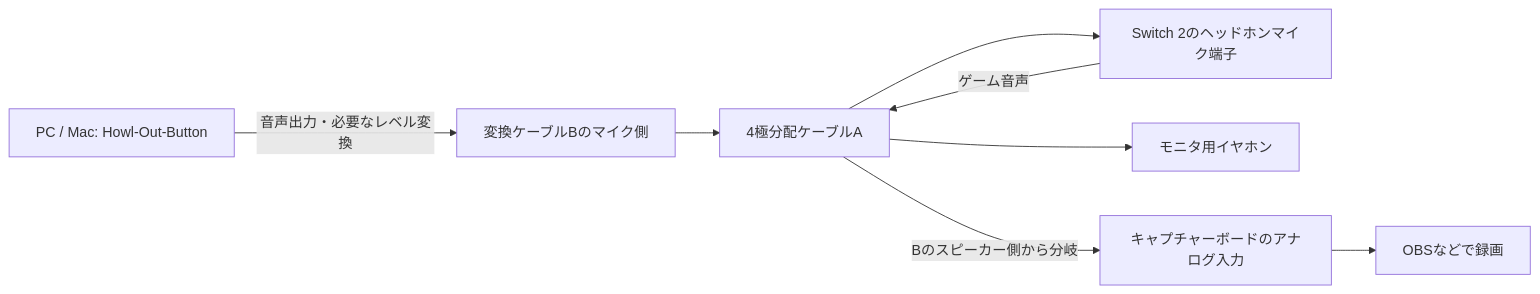
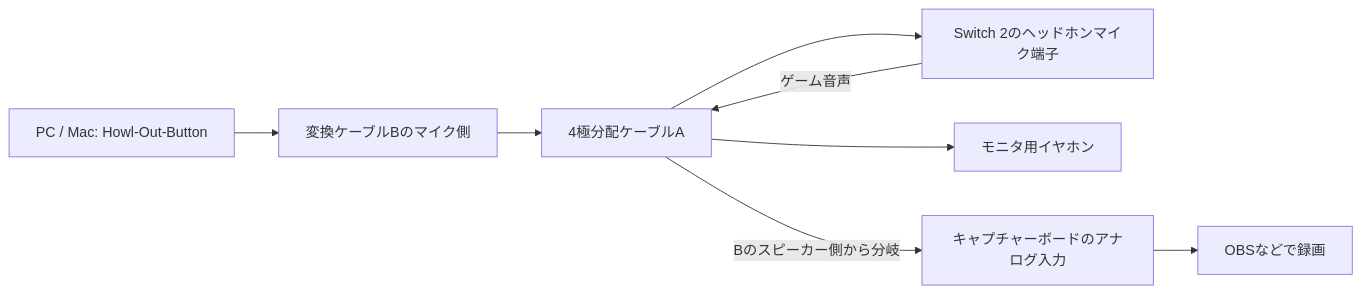
Before and after one commit to koppacha/howl-out-button: the diagram in README.md, drawn with Mermaid. The commit also changed other lines of this file and 3 other files, not shown here.

Commit message:
Use Howl-Out-Button storage and document OBS gain setup

````diff
--- a/README.md
+++ b/README.md
@@ -107,10 +107,10 @@
 ```mermaid
 flowchart LR
-    PC[PC / Mac: Howl-Out-Button] -->|音声出力・必要なレベル変換| B[変換ケーブルBのマイク側]
+    PC[PC / Mac: Howl-Out-Button] --> B[変換ケーブルBのマイク側]
     B --> A[4極分配ケーブルA]
     A --> S[Switch 2のヘッドホンマイク端子]
     S -->|ゲーム音声| A
     A --> E[モニタ用イヤホン]
     A -->|Bのスピーカー側から分岐| C[キャプチャーボードのアナログ入力]
     C --> O[OBSなどで録画]
 ```
````
